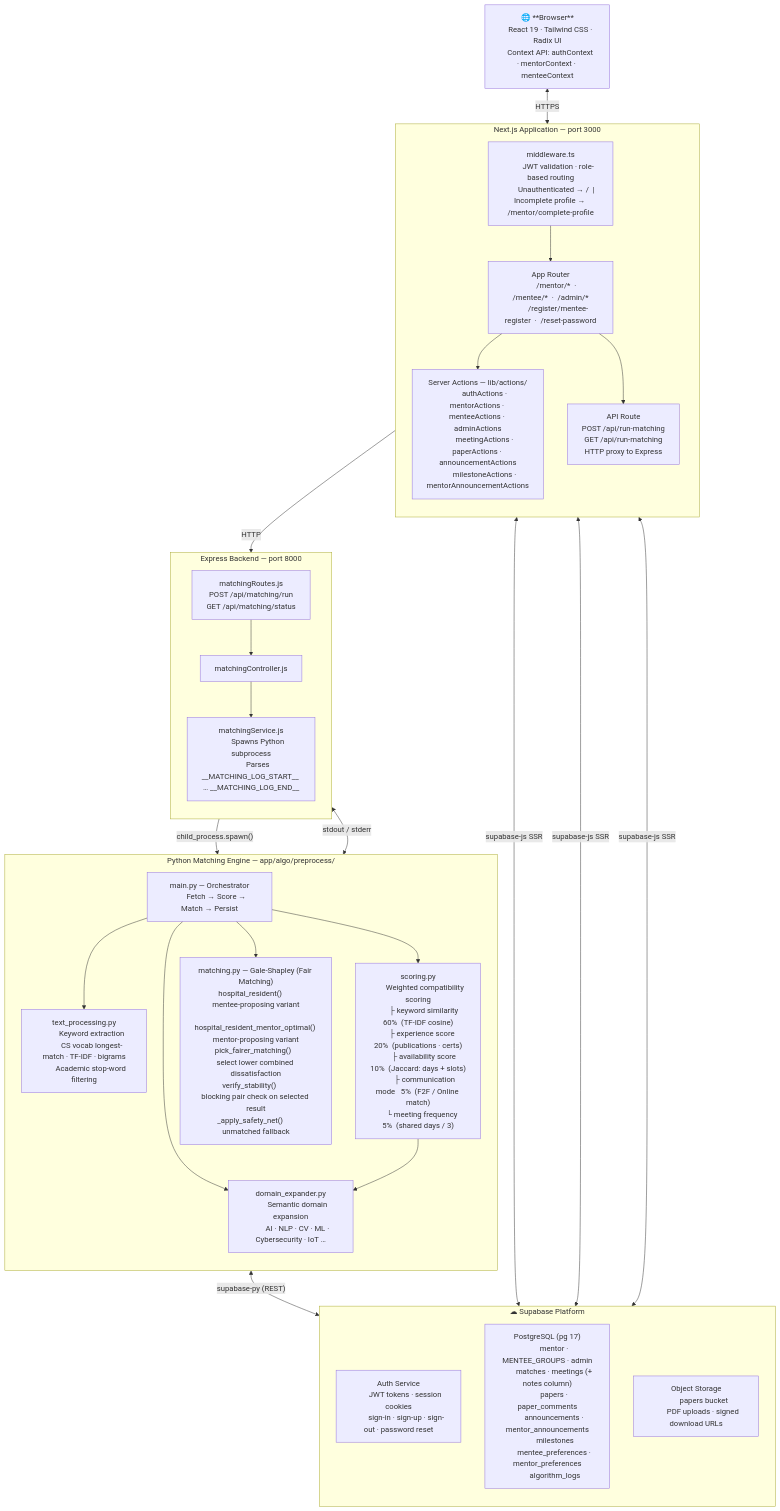
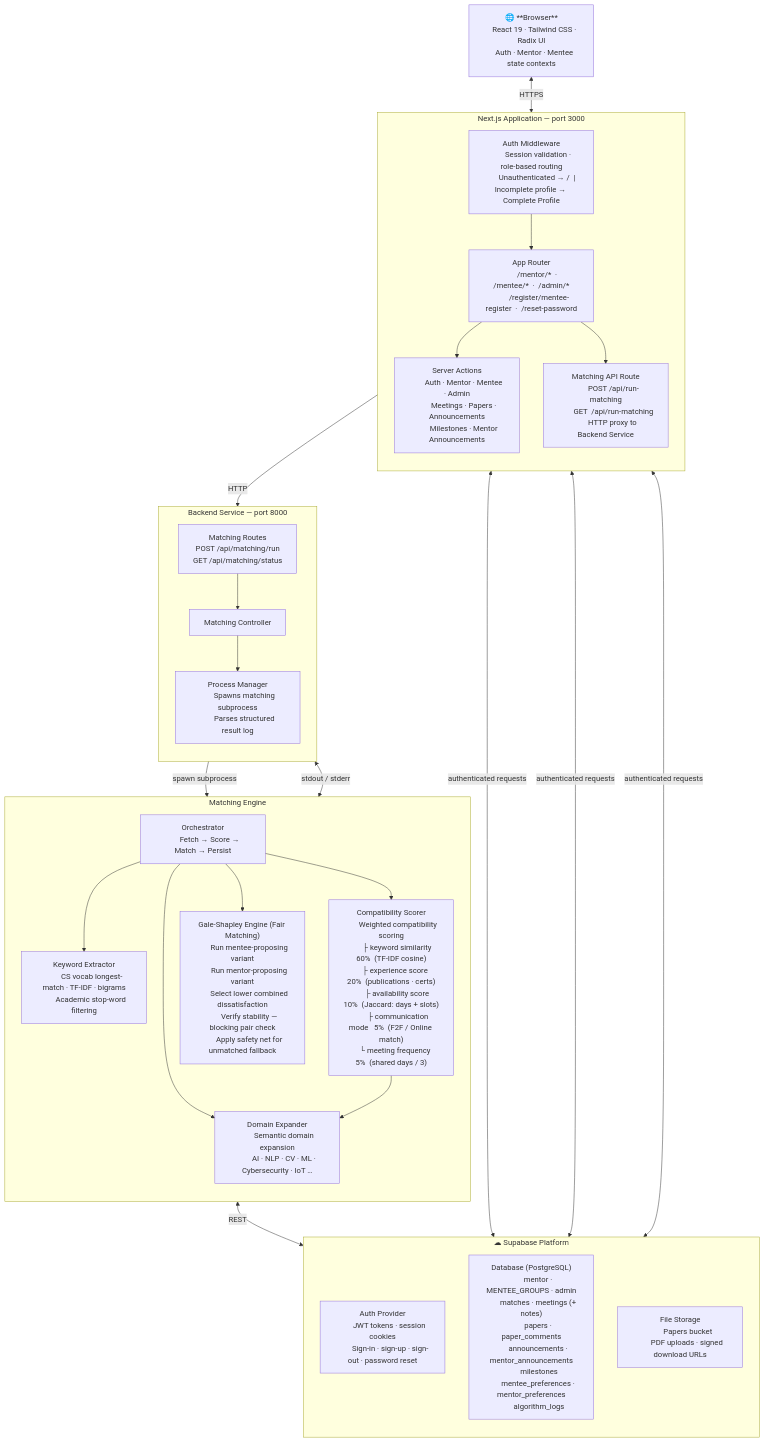
Before and after one commit to ieqisg/fortis-nexus: the seventh of 7 diagrams in docs/system-diagrams.md, drawn with Mermaid. The commit also changed other lines of this file, not shown here.

````diff
--- a/docs/system-diagrams.md
+++ b/docs/system-diagrams.md
@@ -449,75 +447,74 @@
 flowchart TD
     Browser["🌐 **Browser**
     React 19 · Tailwind CSS · Radix UI
-    Context API: authContext · mentorContext · menteeContext"]
+    Auth · Mentor · Mentee state contexts"]
 
     subgraph NextJS ["Next.js Application — port 3000"]
         direction TB
-        MW["middleware.ts
-        JWT validation · role-based routing
-        Unauthenticated → /  |  Incomplete profile → /mentor/complete-profile"]
+        MW["Auth Middleware
+        Session validation · role-based routing
+        Unauthenticated → /  |  Incomplete profile → Complete Profile"]
 
         AppRouter["App Router
         /mentor/*  ·  /mentee/*  ·  /admin/*
         /register/mentee-register  ·  /reset-password"]
 
-        ServerActions["Server Actions — lib/actions/
-        authActions · mentorActions · menteeActions · adminActions
-        meetingActions · paperActions · announcementActions
-        milestoneActions · mentorAnnouncementActions"]
+        ServerActions["Server Actions
+        Auth · Mentor · Mentee · Admin
+        Meetings · Papers · Announcements
+        Milestones · Mentor Announcements"]
 
-        APIRoute["API Route
+        APIRoute["Matching API Route
         POST /api/run-matching
         GET  /api/run-matching
-        HTTP proxy to Express"]
+        HTTP proxy to Backend Service"]
     end
 
     subgraph Supabase ["☁ Supabase Platform"]
         direction TB
-        SupaAuth["Auth Service
+        SupaAuth["Auth Provider
         JWT tokens · session cookies
-        sign-in · sign-up · sign-out · password reset"]
+        Sign-in · sign-up · sign-out · password reset"]
 
-        SupaDB["PostgreSQL (pg 17)
+        SupaDB["Database (PostgreSQL)
         mentor · MENTEE_GROUPS · admin
-        matches · meetings (+ notes column)
+        matches · meetings (+ notes)
         papers · paper_comments
         announcements · mentor_announcements
         milestones
         mentee_preferences · mentor_preferences
         algorithm_logs"]
 
-        SupaStorage["Object Storage
-        papers bucket
+        SupaStorage["File Storage
+        Papers bucket
         PDF uploads · signed download URLs"]
     end
 
-    subgraph Express ["Express Backend — port 8000"]
+    subgraph Express ["Backend Service — port 8000"]
         direction TB
-        Routes["matchingRoutes.js
+        Routes["Matching Routes
         POST /api/matching/run
         GET  /api/matching/status"]
-        Controller["matchingController.js"]
-        Service["matchingService.js
-        Spawns Python subprocess
-        Parses __MATCHING_LOG_START__ … __MATCHING_LOG_END__"]
+        Controller["Matching Controller"]
+        Service["Process Manager
+        Spawns matching subprocess
+        Parses structured result log"]
     end
 
-    subgraph Python ["Python Matching Engine — app/algo/preprocess/"]
+    subgraph Python ["Matching Engine"]
         direction TB
-        MainPy["main.py — Orchestrator
+        MainPy["Orchestrator
         Fetch → Score → Match → Persist"]
 
-        TextProc["text_processing.py
-        Keyword extraction
+        TextProc["Keyword Extractor
         CS vocab longest-match · TF-IDF · bigrams
         Academic stop-word filtering"]
 
-        DomainExp["domain_expander.py
+        DomainExp["Domain Expander
         Semantic domain expansion
         AI · NLP · CV · ML · Cybersecurity · IoT …"]
 
-        Scoring["scoring.py
+        Scoring["Compatibility Scorer
         Weighted compatibility scoring
         ├ keyword similarity  60%  (TF-IDF cosine)
         ├ experience score    20%  (publications · certs)
@@ -525,12 +522,12 @@
         ├ communication mode   5%  (F2F / Online match)
         └ meeting frequency    5%  (shared days / 3)"]
 
-        Matching["matching.py — Gale-Shapley (Fair Matching)
-        hospital_resident()              mentee-proposing variant
-        hospital_resident_mentor_optimal() mentor-proposing variant
-        pick_fairer_matching()           select lower combined dissatisfaction
-        verify_stability()               blocking pair check on selected result
-        _apply_safety_net()              unmatched fallback"]
+        Matching["Gale-Shapley Engine (Fair Matching)
+        Run mentee-proposing variant
+        Run mentor-proposing variant
+        Select lower combined dissatisfaction
+        Verify stability — blocking pair check
+        Apply safety net for unmatched fallback"]
     end
 
     Browser <-->|"HTTPS"| MW
@@ -538,13 +535,13 @@
     AppRouter --> ServerActions
     AppRouter --> APIRoute
 
-    ServerActions <-->|"supabase-js SSR"| SupaAuth
-    ServerActions <-->|"supabase-js SSR"| SupaDB
-    ServerActions <-->|"supabase-js SSR"| SupaStorage
+    ServerActions <-->|"authenticated requests"| SupaAuth
+    ServerActions <-->|"authenticated requests"| SupaDB
+    ServerActions <-->|"authenticated requests"| SupaStorage
 
     APIRoute -->|"HTTP"| Routes
     Routes --> Controller --> Service
-    Service -->|"child_process.spawn()"| MainPy
+    Service -->|"spawn subprocess"| MainPy
 
     MainPy --> TextProc
     MainPy --> DomainExp
@@ -552,6 +549,6 @@
     Scoring --> DomainExp
     MainPy --> Matching
 
-    MainPy <-->|"supabase-py (REST)"| SupaDB
+    MainPy <-->|"REST"| SupaDB
     Service <-->|"stdout / stderr"| MainPy
 ```
````
